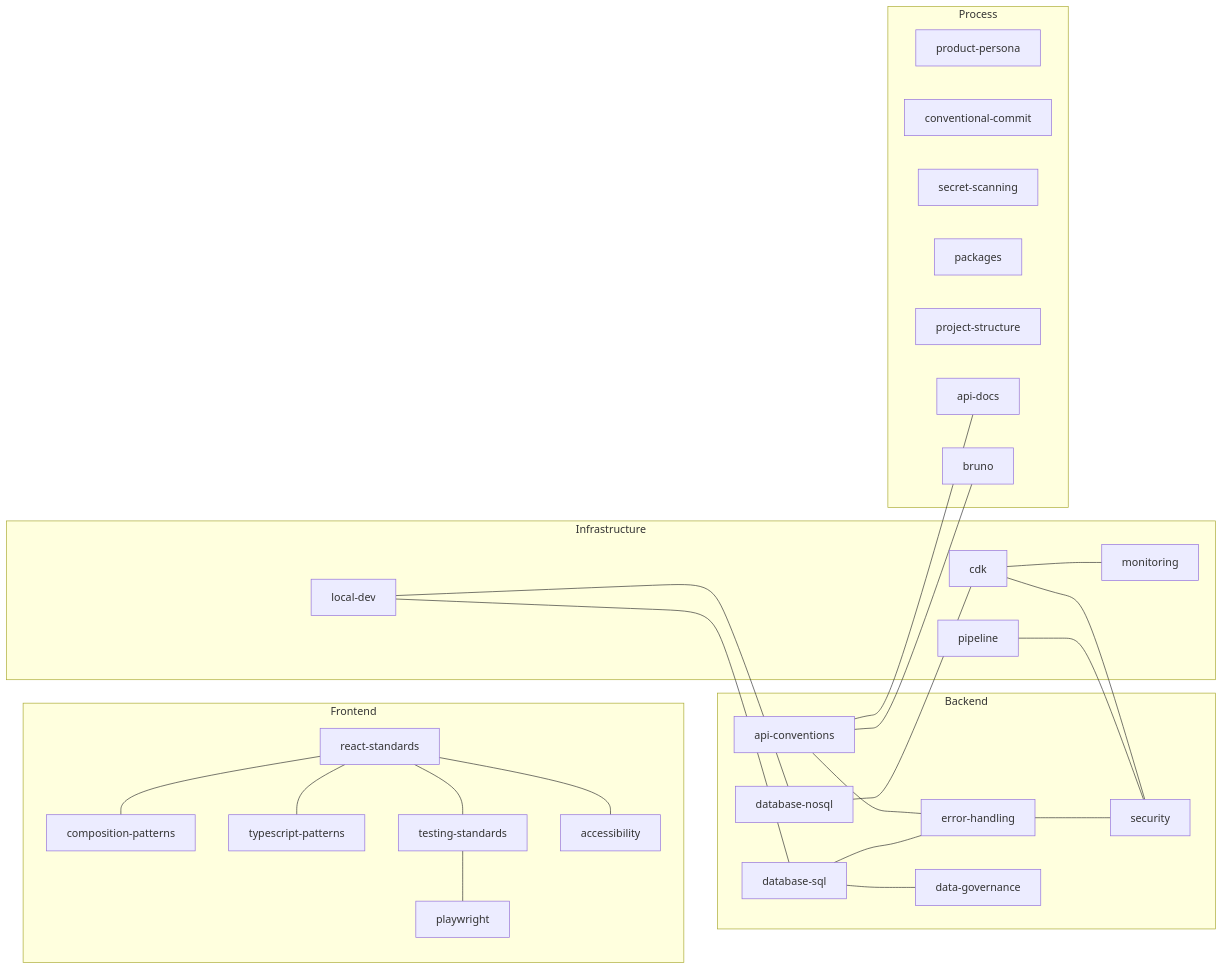
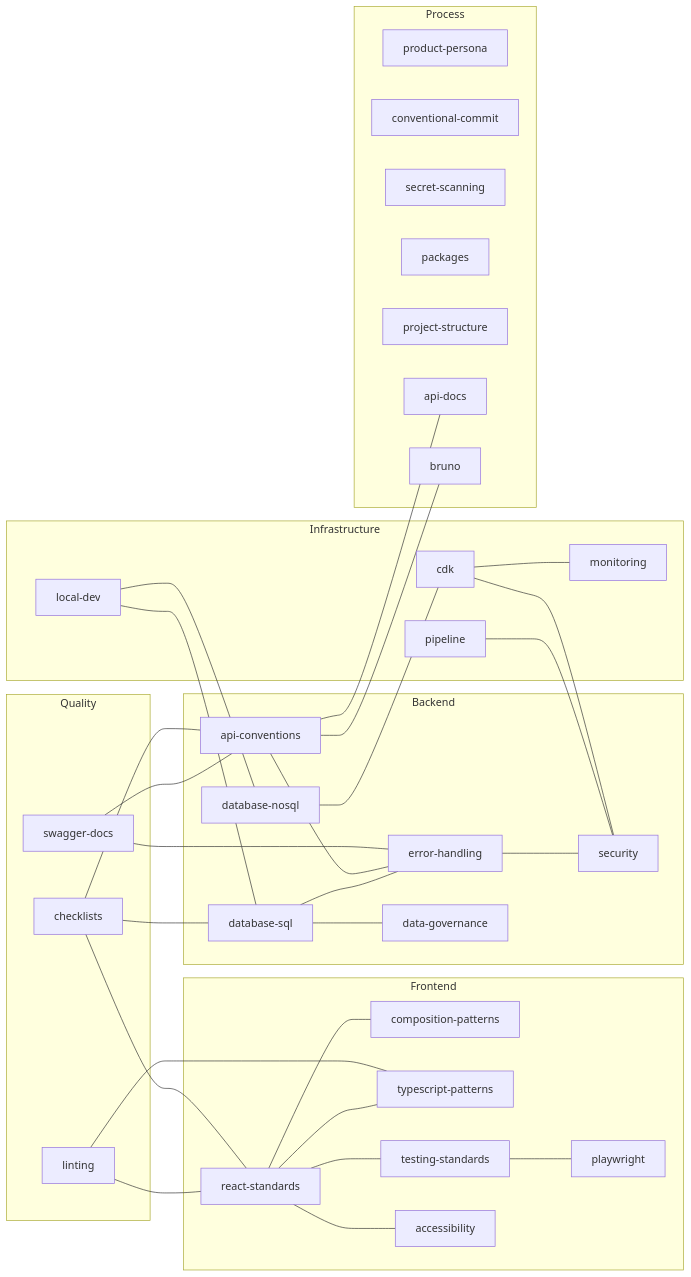
The tenth of 12 diagrams in README.md (manikumarkv/devrunway-claude-plugin), drawn with Mermaid before and after one commit. The commit also changed other lines of this file and 2 other files, not shown here.

````diff
--- a/README.md
+++ b/README.md
@@ -339,55 +339,68 @@
 ```mermaid
 graph LR
+    subgraph Quality
+        CL[checklists]
+        LN[linting]
+        SW[swagger-docs]
+    end
+
     subgraph Frontend
         RS[react-standards]
         CP[composition-patterns]
         TP[typescript-patterns]
         TS[testing-standards]
         A11[accessibility]
         PW[playwright]
     end
 
     subgraph Backend
         AC[api-conventions]
         EH[error-handling]
         SC[security]
         SQL[database-sql]
         NOSQL[database-nosql]
         DG[data-governance]
     end
 
     subgraph Infrastructure
         CDK[cdk]
         PIPE[pipeline]
         MON[monitoring]
         LD[local-dev]
     end
 
     subgraph Process
         PP[product-persona]
         CC[conventional-commit]
         SS[secret-scanning]
         PKG[packages]
         PS[project-structure]
         AD[api-docs]
         BR[bruno]
     end
 
+    CL --- RS
+    CL --- AC
+    CL --- SQL
+    LN --- RS
+    LN --- TP
+    SW --- AC
+    SW --- EH
     RS --- CP
     RS --- TP
     RS --- TS
     RS --- A11
     TS --- PW
     AC --- EH
     EH --- SC
     SQL --- EH
     SQL --- DG
     NOSQL --- CDK
     CDK --- SC
     CDK --- MON
     PIPE --- SC
     LD --- SQL
     LD --- NOSQL
     AC --- AD
     AC --- BR
 ```
````
